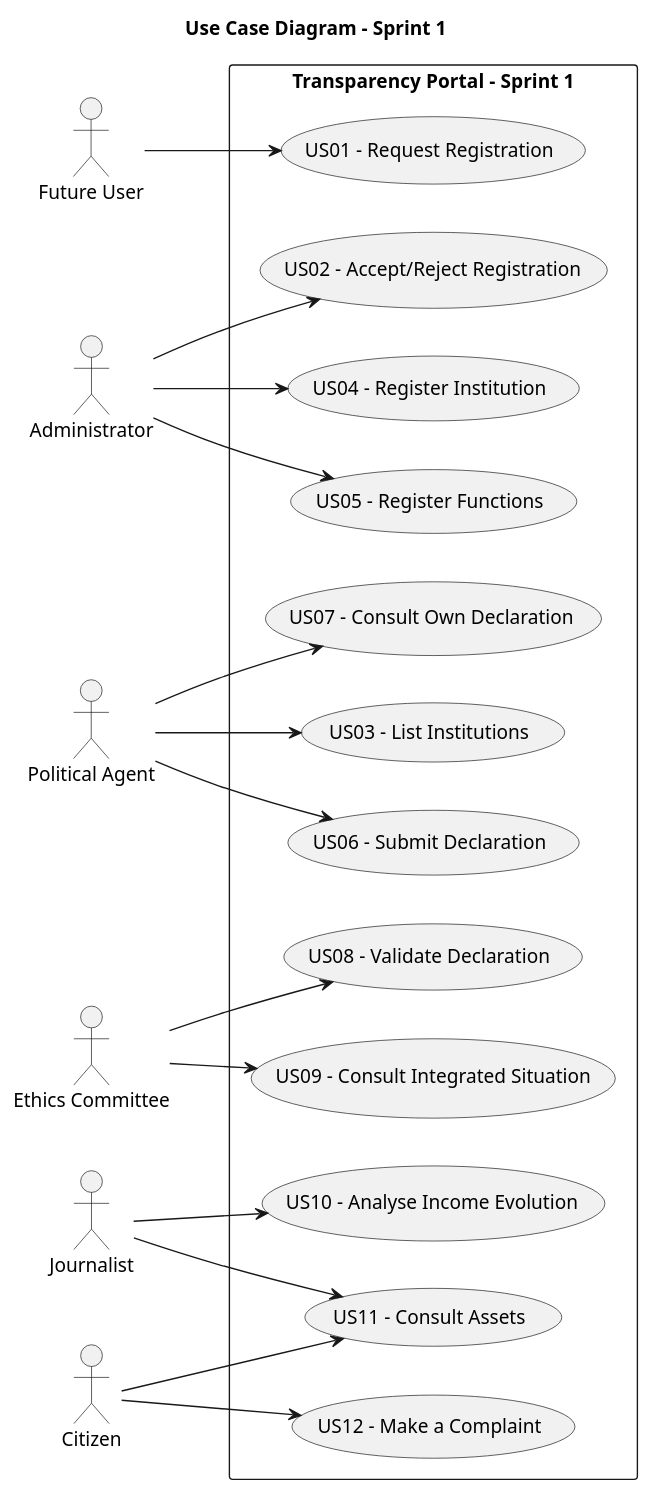
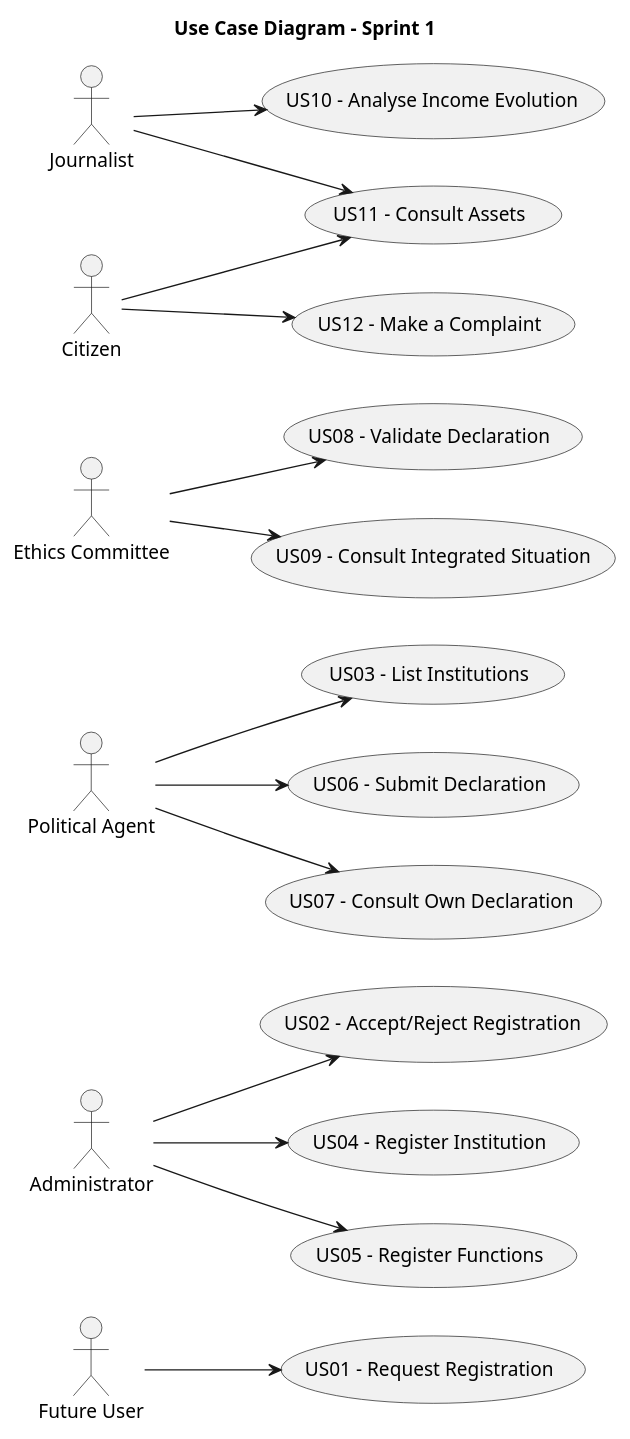
Before and after one commit to brunodspinto/crystal-clear-platform: the diagram in docs/system-documentation/global-artifacts/01.requirements-engineering/puml/UCD.puml, drawn with PlantUML. The commit also changed 1 other file, not shown here.

Commit message:
Remove rectangle from UCD diagram #17

```diff
--- a/docs/system-documentation/global-artifacts/01.requirements-engineering/puml/UCD.puml
+++ b/docs/system-documentation/global-artifacts/01.requirements-engineering/puml/UCD.puml
@@ -1,50 +1,48 @@
 @startuml
 skinparam monochrome true
 skinparam packageStyle rectangle
 skinparam shadowing false
 
 left to right direction
 
 title Use Case Diagram - Sprint 1
 
 actor "Future User" as FutureUser
 actor "Administrator" as Admin
 actor "Political Agent" as Agent
 actor "Ethics Committee" as Ethics
 actor "Journalist" as Journalist
 actor "Citizen" as Citizen
 
-rectangle "Transparency Portal - Sprint 1" as System {
-    usecase "US01 - Request Registration" as US01
-    usecase "US02 - Accept/Reject Registration" as US02
-    usecase "US03 - List Institutions" as US03
-    usecase "US04 - Register Institution" as US04
-    usecase "US05 - Register Functions" as US05
-    usecase "US06 - Submit Declaration" as US06
-    usecase "US07 - Consult Own Declaration" as US07
-    usecase "US08 - Validate Declaration" as US08
-    usecase "US09 - Consult Integrated Situation" as US09
-    usecase "US10 - Analyse Income Evolution" as US10
-    usecase "US11 - Consult Assets" as US11
-    usecase "US12 - Make a Complaint" as US12
-}
+usecase "US01 - Request Registration" as US01
+usecase "US02 - Accept/Reject Registration" as US02
+usecase "US03 - List Institutions" as US03
+usecase "US04 - Register Institution" as US04
+usecase "US05 - Register Functions" as US05
+usecase "US06 - Submit Declaration" as US06
+usecase "US07 - Consult Own Declaration" as US07
+usecase "US08 - Validate Declaration" as US08
+usecase "US09 - Consult Integrated Situation" as US09
+usecase "US10 - Analyse Income Evolution" as US10
+usecase "US11 - Consult Assets" as US11
+usecase "US12 - Make a Complaint" as US12
 
 FutureUser --> US01
 Admin --> US02
 Admin --> US04
 Admin --> US05
 
 Agent --> US03
 Agent --> US06
 Agent --> US07
 
 Ethics --> US08
 Ethics --> US09
 
 Journalist --> US10
 Journalist --> US11
 
 Citizen --> US11
 Citizen --> US12
 
 @enduml
```
